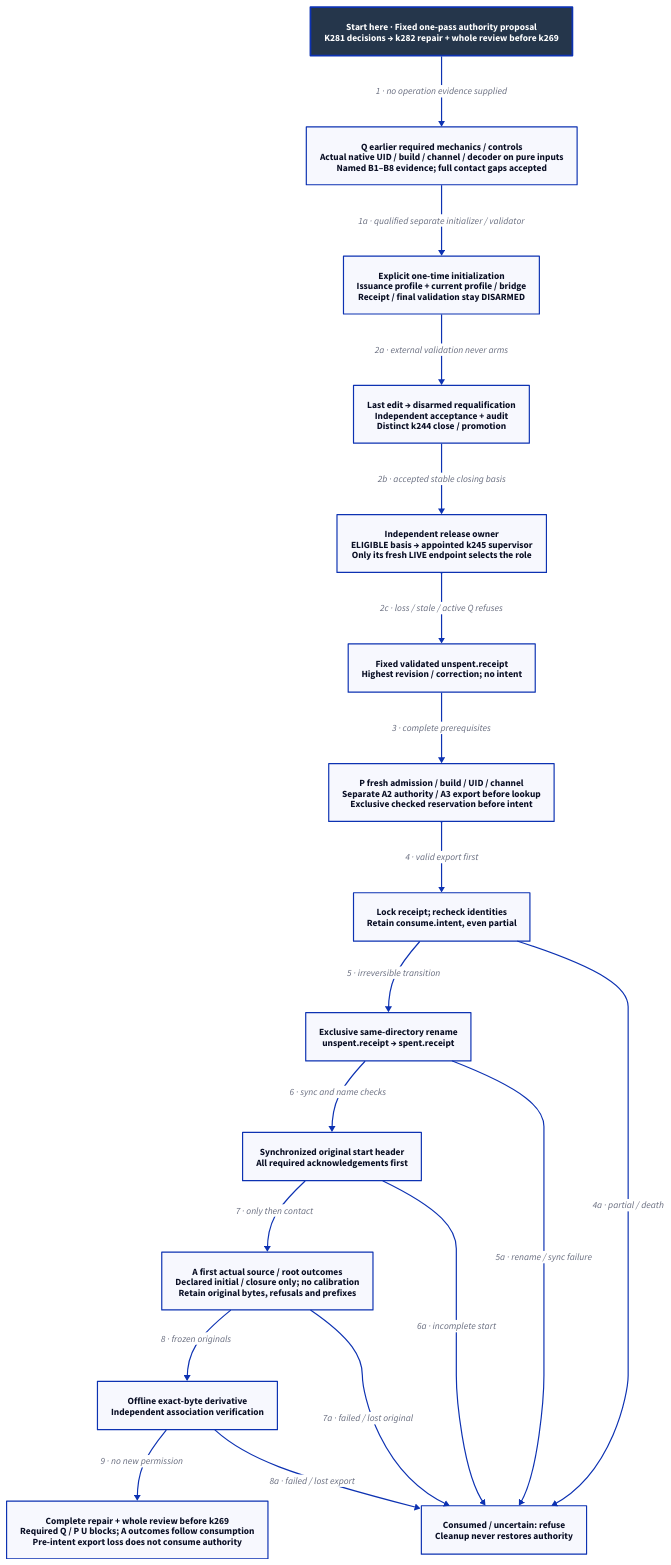
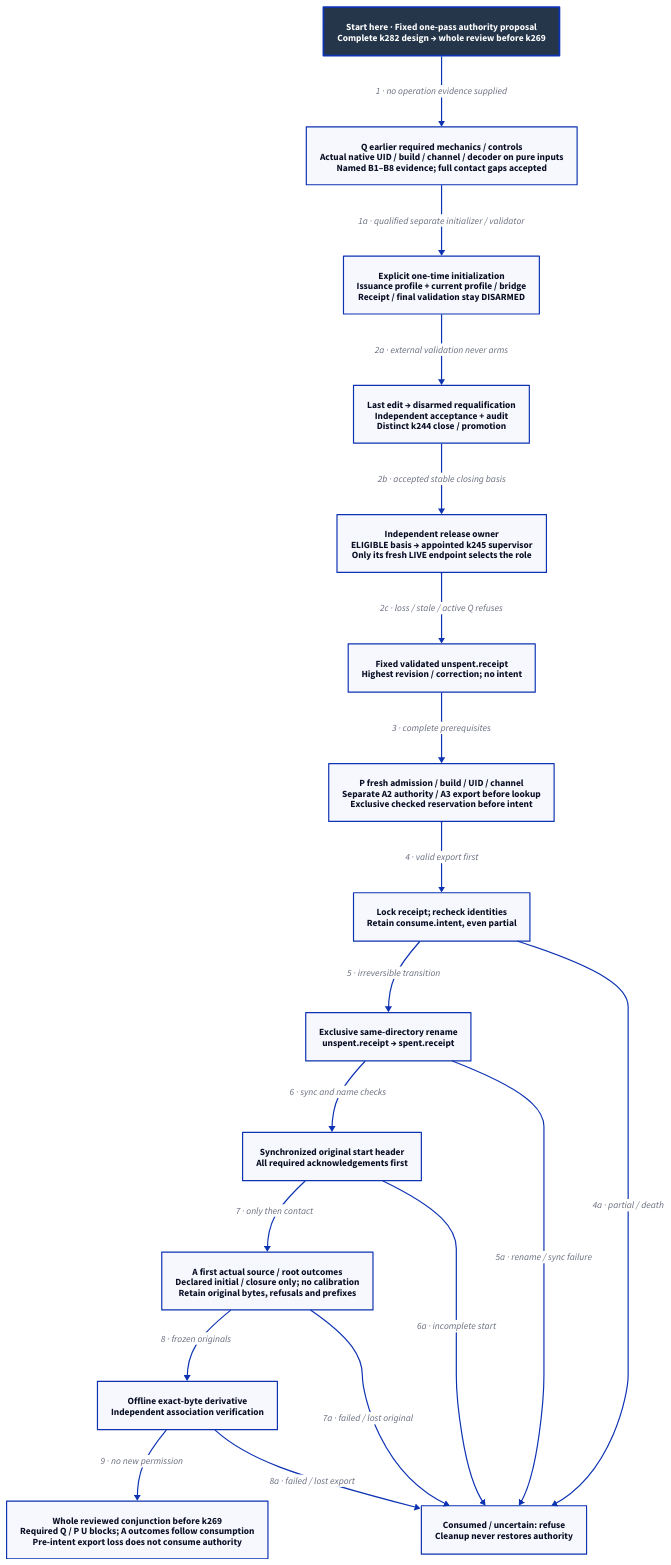
One commit to Linkuistics/Koine changed the diagram in docs/design/architecture/native-reference-admission.d2. Above: the diagram before and after it, drawn with D2. The commit also changed 51 other files, not shown here.

Commit message:
Reconcile complete reference admission design (reference-evidence-admission-completion-k287, reference-evidence-admission-completion-k282)

```diff
--- a/docs/design/architecture/native-reference-admission.d2
+++ b/docs/design/architecture/native-reference-admission.d2
@@ -1,36 +1,36 @@
 # Proposed lifecycle; complete contract is normative and qualification remains due.
 direction: down
 classes: {
   start: {style: {fill: "#25364B"; font-color: "#FFFFFF"; bold: true; stroke-width: 3}}
 }
-Start: "Start here · Fixed one-pass authority proposal\nK281 decisions → k282 repair + whole review before k269" {class: start}
+Start: "Start here · Fixed one-pass authority proposal\nComplete k282 design → whole review before k269" {class: start}
 Qualify: "Q earlier required mechanics / controls\nActual native UID / build / channel / decoder on pure inputs\nNamed B1–B8 evidence; full contact gaps accepted"
 Provision: "Explicit one-time initialization\nIssuance profile + current profile / bridge\nReceipt / final validation stay DISARMED"
 Final: "Last edit → disarmed requalification\nIndependent acceptance + audit\nDistinct k244 close / promotion"
 Release: "Independent release owner\nELIGIBLE basis → appointed k245 supervisor\nOnly its fresh LIVE endpoint selects the role"
 Ready: "Fixed validated unspent.receipt\nHighest revision / correction; no intent"
 Export: "P fresh admission / build / UID / channel\nSeparate A2 authority / A3 export before lookup\nExclusive checked reservation before intent"
 Intent: "Lock receipt; recheck identities\nRetain consume.intent, even partial"
 Spent: "Exclusive same-directory rename\nunspent.receipt → spent.receipt"
 Original: "Synchronized original start header\nAll required acknowledgements first"
 Capture: "A first actual source / root outcomes\nDeclared initial / closure only; no calibration\nRetain original bytes, refusals and prefixes"
 Derivative: "Offline exact-byte derivative\nIndependent association verification"
 Refuse: "Consumed / uncertain: refuse\nCleanup never restores authority"
-Limit: "Complete repair + whole review before k269\nRequired Q / P U blocks; A outcomes follow consumption\nPre-intent export loss does not consume authority"
+Limit: "Whole reviewed conjunction before k269\nRequired Q / P U blocks; A outcomes follow consumption\nPre-intent export loss does not consume authority"
 Start -> Qualify: "1 · no operation evidence supplied"
 Qualify -> Provision: "1a · qualified separate initializer / validator"
 Provision -> Final: "2a · external validation never arms"
 Final -> Release: "2b · accepted stable closing basis"
 Release -> Ready: "2c · loss / stale / active Q refuses"
 Ready -> Export: "3 · complete prerequisites"
 Export -> Intent: "4 · valid export first"
 Intent -> Spent: "5 · irreversible transition"
 Spent -> Original: "6 · sync and name checks"
 Original -> Capture: "7 · only then contact"
 Capture -> Derivative: "8 · frozen originals"
 Derivative -> Limit: "9 · no new permission"
 Intent -> Refuse: "4a · partial / death"
 Spent -> Refuse: "5a · rename / sync failure"
 Original -> Refuse: "6a · incomplete start"
 Capture -> Refuse: "7a · failed / lost original"
 Derivative -> Refuse: "8a · failed / lost export"
```
